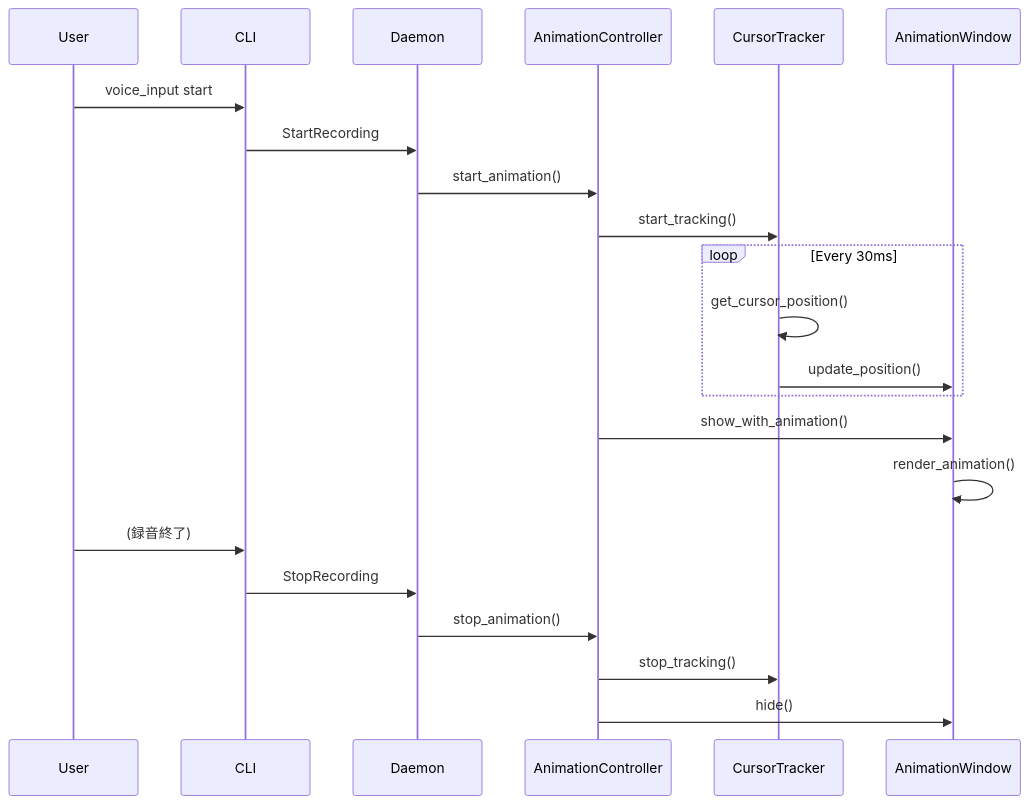
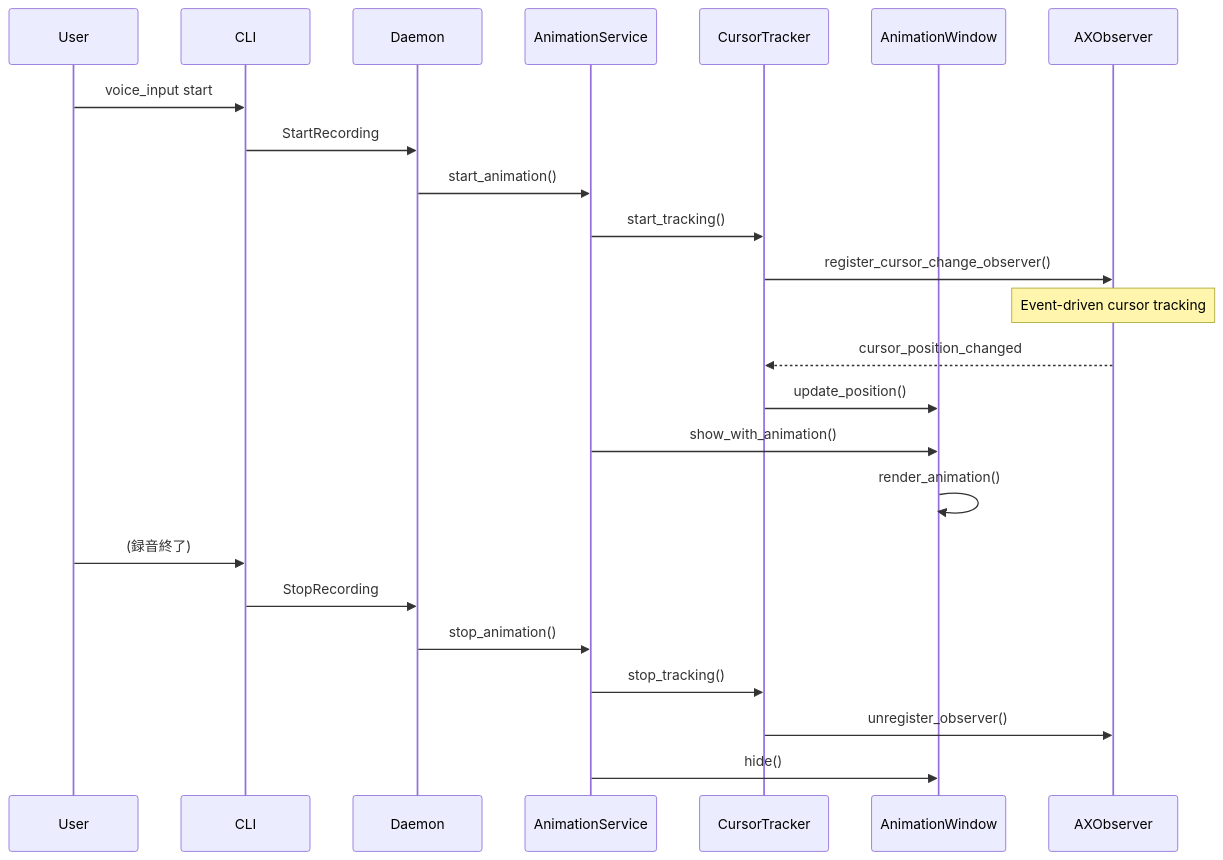
Before and after one commit to kazuhideoki/voice_input: the diagram in dev-docs/input_animation/overview.md, drawn with Mermaid. The commit also changed other lines of this file and 2 other files, not shown here.

````diff
--- a/dev-docs/input_animation/overview.md
+++ b/dev-docs/input_animation/overview.md
@@ -56,28 +54,31 @@
 ```mermaid
 sequenceDiagram
     participant User
     participant CLI
     participant Daemon
-    participant AnimationController
+    participant AnimationService
     participant CursorTracker
     participant AnimationWindow
+    participant AXObserver
 
     User->>CLI: voice_input start
     CLI->>Daemon: StartRecording
-    Daemon->>AnimationController: start_animation()
+    Daemon->>AnimationService: start_animation()
     
-    AnimationController->>CursorTracker: start_tracking()
-    loop Every 30ms
-        CursorTracker->>CursorTracker: get_cursor_position()
-        CursorTracker->>AnimationWindow: update_position()
-    end
+    AnimationService->>CursorTracker: start_tracking()
+    CursorTracker->>AXObserver: register_cursor_change_observer()
     
-    AnimationController->>AnimationWindow: show_with_animation()
+    Note over AXObserver: Event-driven cursor tracking
+    AXObserver-->>CursorTracker: cursor_position_changed
+    CursorTracker->>AnimationWindow: update_position()
+    
+    AnimationService->>AnimationWindow: show_with_animation()
     AnimationWindow->>AnimationWindow: render_animation()
     
     User->>CLI: (録音終了)
     CLI->>Daemon: StopRecording
-    Daemon->>AnimationController: stop_animation()
-    AnimationController->>CursorTracker: stop_tracking()
-    AnimationController->>AnimationWindow: hide()
+    Daemon->>AnimationService: stop_animation()
+    AnimationService->>CursorTracker: stop_tracking()
+    CursorTracker->>AXObserver: unregister_observer()
+    AnimationService->>AnimationWindow: hide()
 ```
````
